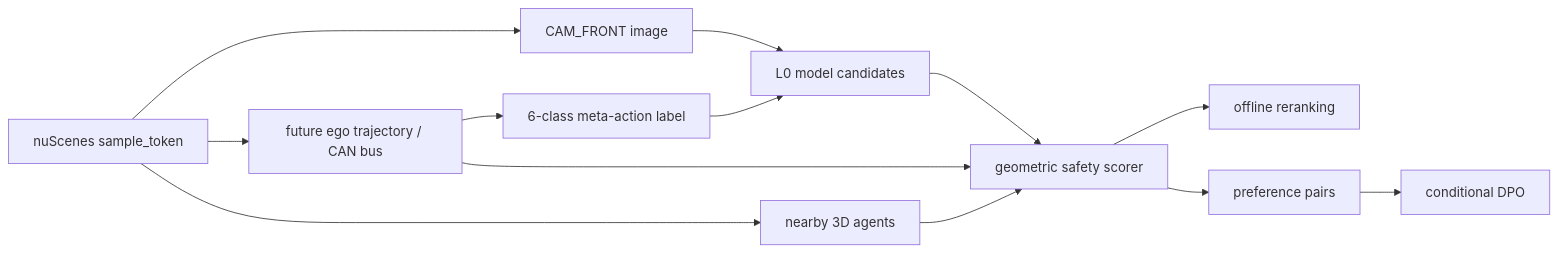
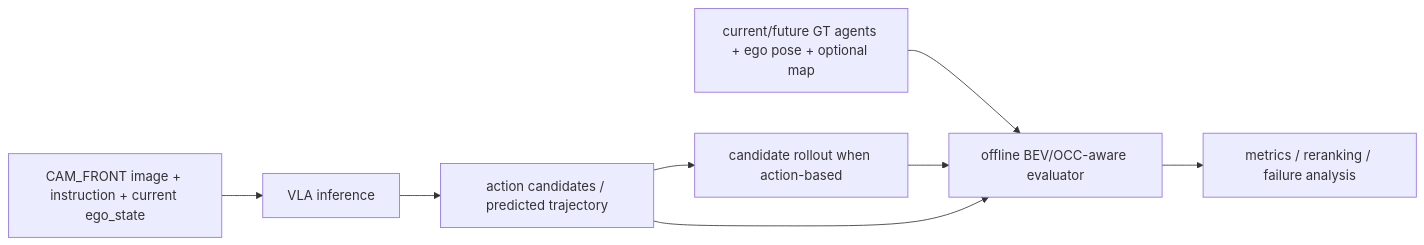
One commit to TNAG031231/4vla_learning changed the diagram in README.md. Above: the diagram before and after it, drawn with Mermaid. The commit also changed other lines of this file and 3 other files, not shown here.

First line of the commit message:
docs: align VLA roadmap with BEV/OCC-aware safety evaluation

````diff
--- a/README.md
+++ b/README.md
@@ -84,15 +29,10 @@
 ```mermaid
 flowchart LR
-    A["nuScenes sample_token"] --> B["CAM_FRONT image"]
-    A --> C["future ego trajectory / CAN bus"]
-    C --> D["6-class meta-action label"]
-    A --> E["nearby 3D agents"]
-    B --> F["L0 model candidates"]
+    A["CAM_FRONT image + instruction + current ego_state"] --> B["VLA inference"]
+    B --> C["action candidates / predicted trajectory"]
+    C --> D["candidate rollout when action-based"]
+    E["current/future GT agents + ego pose + optional map"] --> F["offline BEV/OCC-aware evaluator"]
     D --> F
-    C --> G["geometric safety scorer"]
-    E --> G
-    F --> G
-    G --> H["offline reranking"]
-    G --> I["preference pairs"]
-    I --> J["conditional DPO"]
+    C --> F
+    F --> G["metrics / reranking / failure analysis"]
 ```
````
